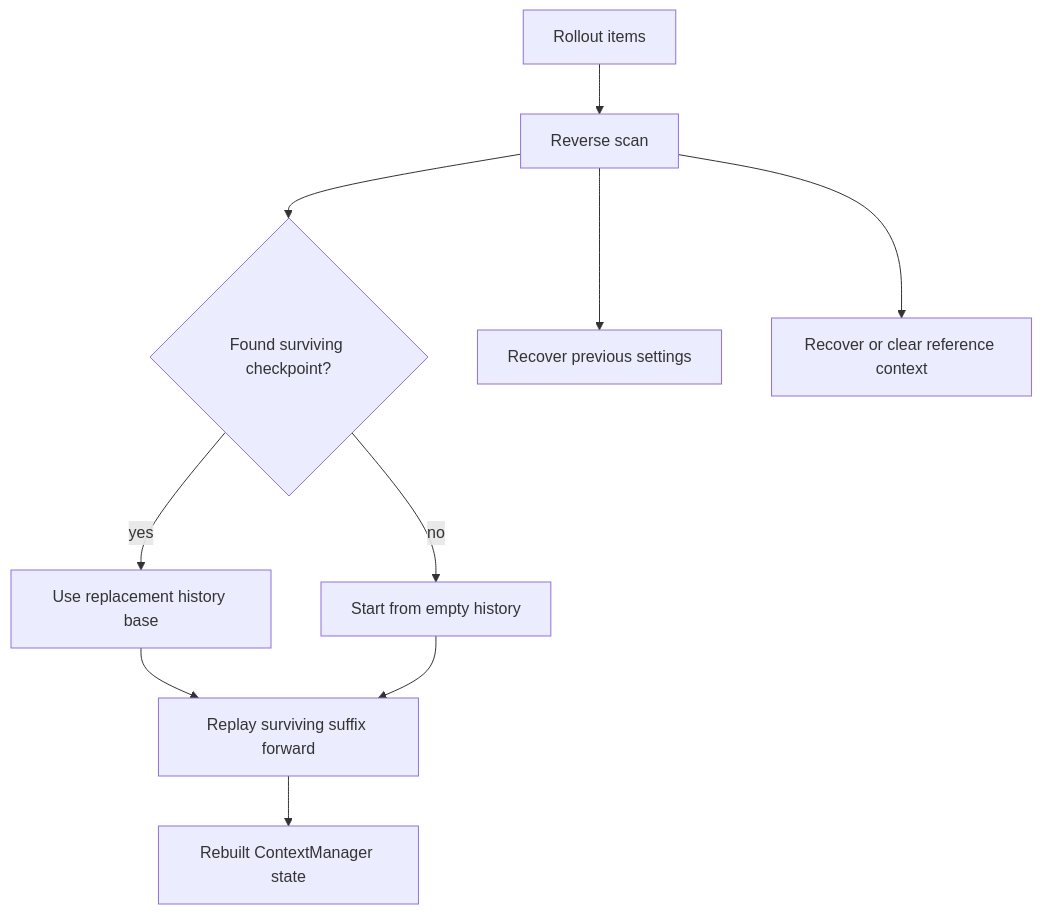
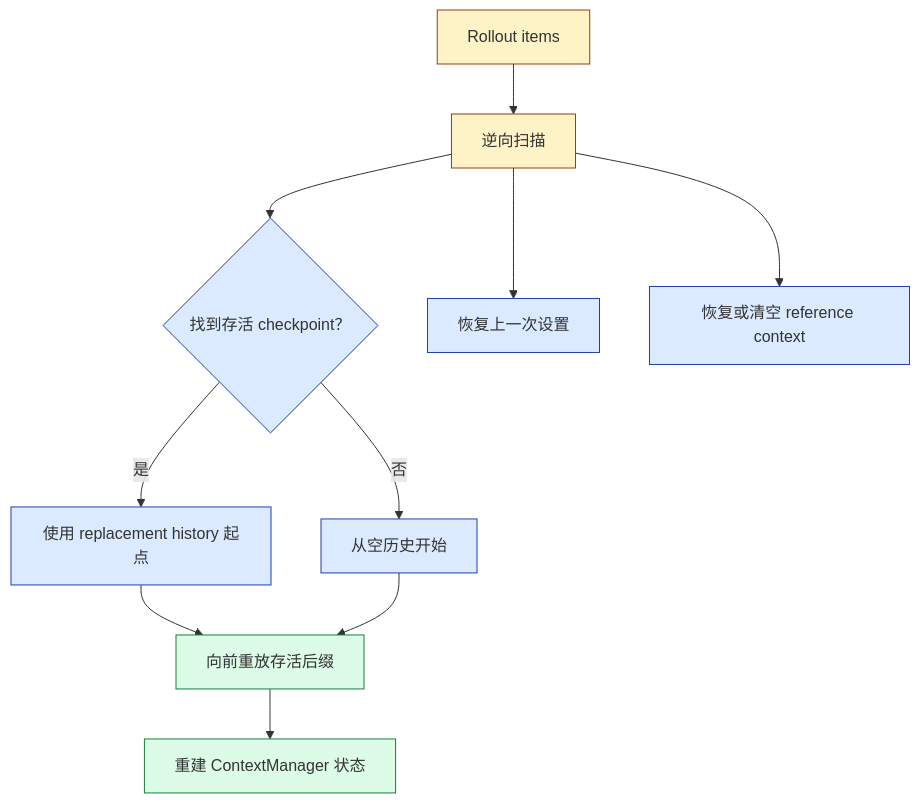
The diagram in docs/zh/codex-context-management/chapter-07.md (WineChord/books), drawn with Mermaid before and after one commit. The commit also changed other lines of this file and 21 other files, not shown here.

````diff
--- a/docs/zh/codex-context-management/chapter-07.md
+++ b/docs/zh/codex-context-management/chapter-07.md
@@ -26,12 +30,18 @@
 ```mermaid
 flowchart TD
-  A[Rollout items] --> B[Reverse scan]
-  B --> C{Found surviving checkpoint?}
-  C -- yes --> D[Use replacement history base]
-  C -- no --> E[Start from empty history]
-  B --> F[Recover previous settings]
-  B --> G[Recover or clear reference context]
-  D --> H[Replay surviving suffix forward]
+  A[Rollout items] --> B[逆向扫描]
+  B --> C{找到存活 checkpoint？}
+  C -- 是 --> D[使用 replacement history 起点]
+  C -- 否 --> E[从空历史开始]
+  B --> F[恢复上一次设置]
+  B --> G[恢复或清空 reference context]
+  D --> H[向前重放存活后缀]
   E --> H
-  H --> I[Rebuilt ContextManager state]
+  H --> I[重建 ContextManager 状态]
+  classDef phase1 fill:#fef3c7,stroke:#92400e;
+  classDef phase2 fill:#dbeafe,stroke:#1e40af;
+  classDef phase3 fill:#dcfce7,stroke:#15803d;
+  class A,B phase1;
+  class C,D,E,F,G phase2;
+  class H,I phase3;
 ```
````
